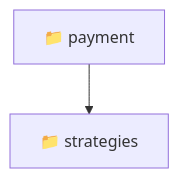
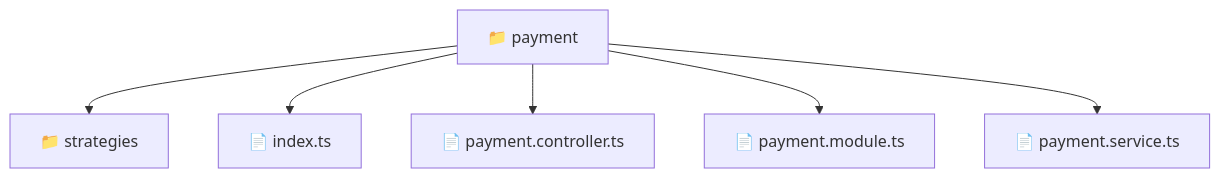
The diagram in backend/src/modules/payment/README.md (beginwebdev2002/fullstack-mavluda), drawn with Mermaid before and after one commit. The commit also changed other lines of this file and 165 other files, not shown here.

First line of the commit message:
docs: generate localized architectural READMEs

````diff
--- a/backend/src/modules/payment/README.md
+++ b/backend/src/modules/payment/README.md
@@ -10,5 +9,9 @@
 ```mermaid
 graph TD
-  Root["📁 payment"]
-  Root --> strategies["📁 strategies"]
+  payment["📁 payment"]
+  payment --> strategies["📁 strategies"]
+  payment --> index_ts["📄 index.ts"]
+  payment --> payment_controller_ts["📄 payment.controller.ts"]
+  payment --> payment_module_ts["📄 payment.module.ts"]
+  payment --> payment_service_ts["📄 payment.service.ts"]
 ```
````
